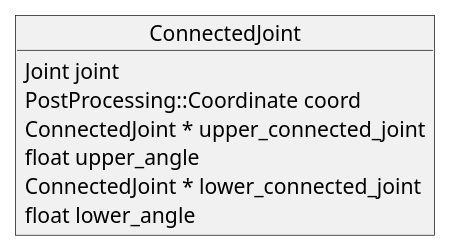
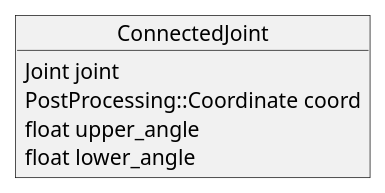
The third of 5 diagrams in docs/images/PlantUML/postureestimator.puml (ESE-Peasy/PosturePerfection), drawn with PlantUML before and after one commit. The commit also changed other lines of this file and 8 other files, not shown here.

```diff
--- a/docs/images/PlantUML/postureestimator.puml
+++ b/docs/images/PlantUML/postureestimator.puml
@@ -34,10 +35,8 @@
 @startuml(id=ConnectedJoint)
 object ConnectedJoint{
     Joint joint
     PostProcessing::Coordinate coord
-    ConnectedJoint * upper_connected_joint
     float upper_angle
-    ConnectedJoint * lower_connected_joint
     float lower_angle
 }
 @enduml
```
